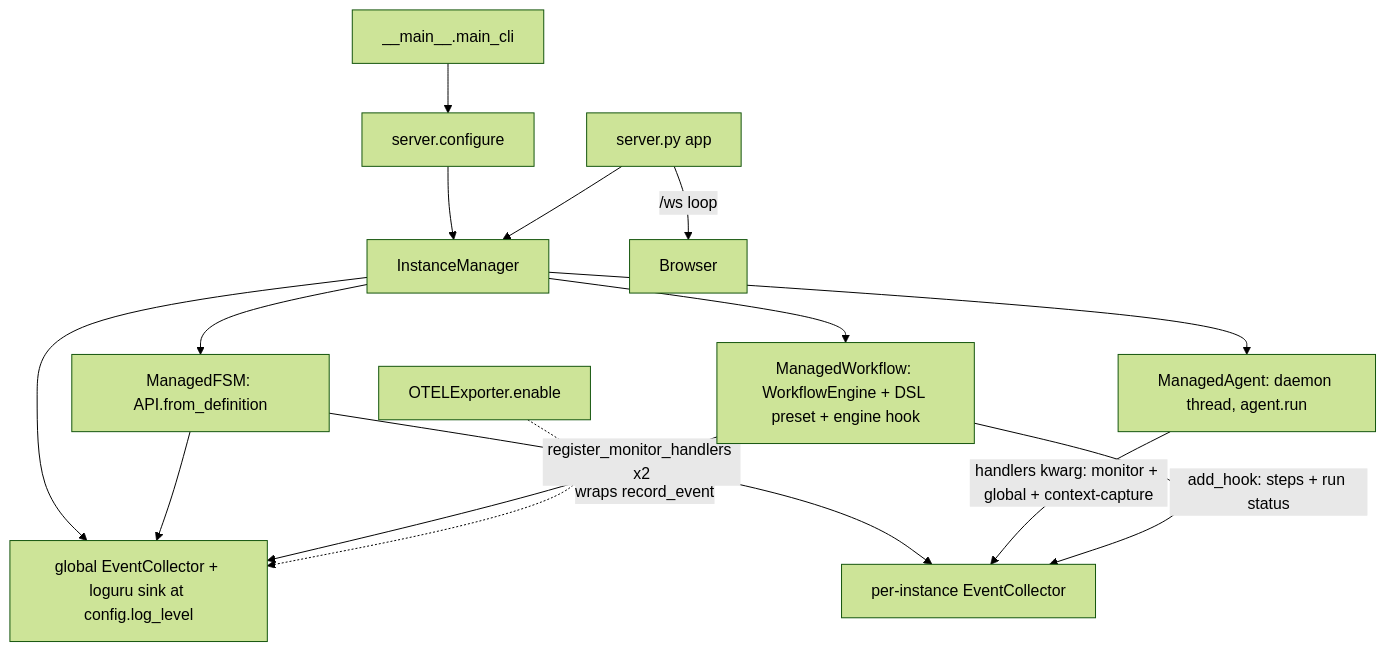
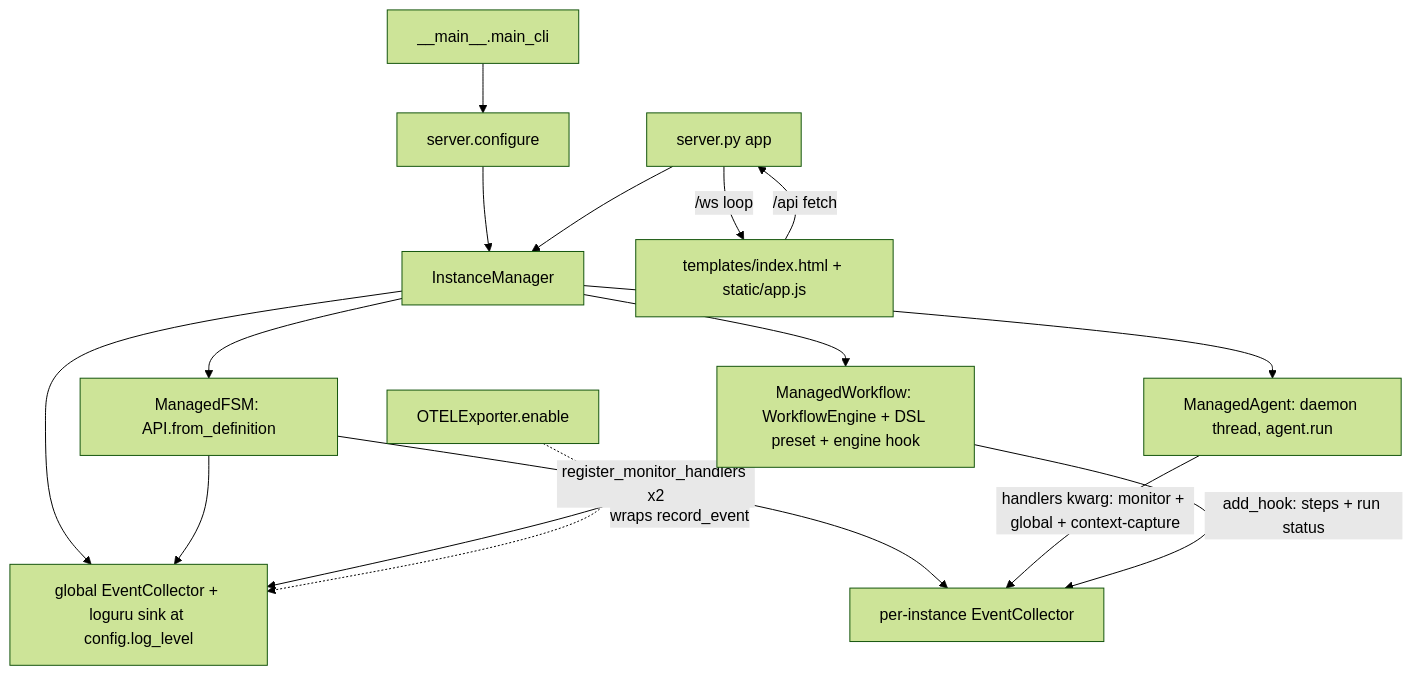
Before and after one commit to NikolasMarkou/fsm_llm: the diagram in src/fsm_llm/monitor/CLAUDE.md, drawn with Mermaid (forest theme). The commit also changed other lines of this file and 49 other files, not shown here.

````diff
--- a/src/fsm_llm/monitor/CLAUDE.md
+++ b/src/fsm_llm/monitor/CLAUDE.md
@@ -12,17 +12,18 @@
 ```mermaid
 flowchart TD
     CLI[__main__.main_cli] --> Cfg[server.configure]
     Cfg --> IM[InstanceManager]
     IM --> GC[global EventCollector + loguru sink at config.log_level]
     IM --> MF[ManagedFSM: API.from_definition]
     IM --> MA[ManagedAgent: daemon thread, agent.run]
     IM --> MW[ManagedWorkflow: WorkflowEngine + DSL preset + engine hook]
     MF -- register_monitor_handlers x2 --> PC[per-instance EventCollector]
     MF --> GC
     MA -- handlers kwarg: monitor + global + context-capture --> PC
     MW -- add_hook: steps + run status --> PC
     MW --> GC
     Server[server.py app] --> IM
-    Server -- /ws loop --> Browser
+    Server -- /ws loop --> Browser[templates/index.html + static/app.js]
+    Browser -- /api fetch --> Server
     OTEL[OTELExporter.enable] -. wraps record_event .-> GC
 ```
````
